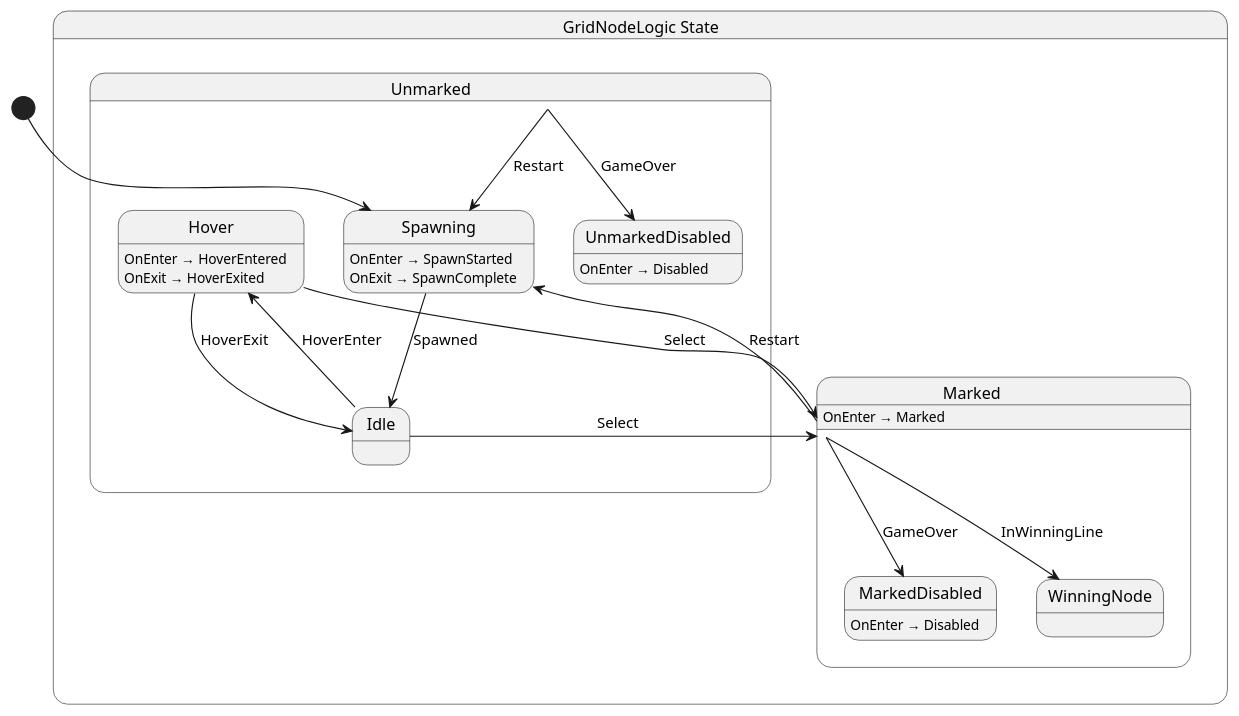
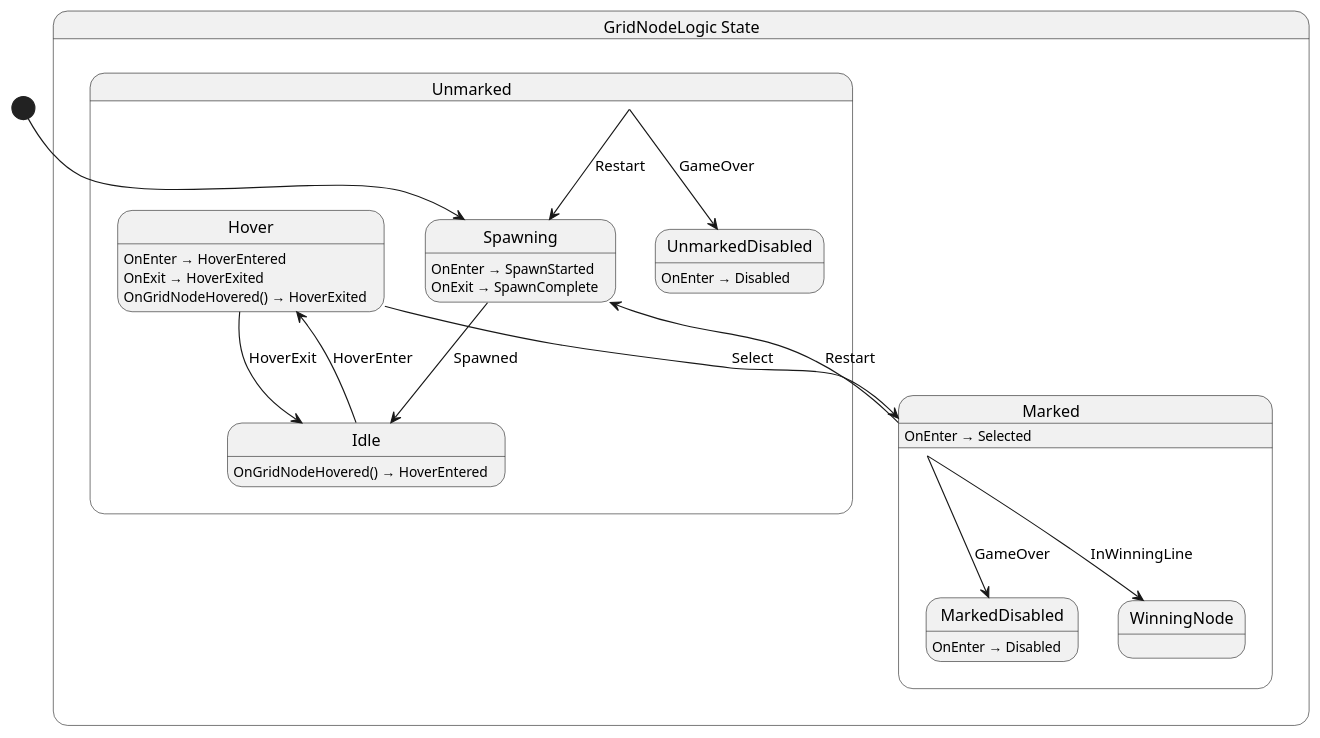
Before and after one commit to stranne/Vertex: the diagram in src/GridNode/State/GridNodeLogic.g.puml, drawn with PlantUML. The commit also changed 13 other files, not shown here.

```diff
--- a/src/GridNode/State/GridNodeLogic.g.puml
+++ b/src/GridNode/State/GridNodeLogic.g.puml
@@ -1,35 +1,36 @@
 @startuml GridNodeLogic
 state "GridNodeLogic State" as Vertex_GridNode_State_GridNodeLogic_State {
-  state "Unmarked" as Vertex_GridNode_State_GridNodeLogic_State_Unmarked {
-    state "Hover" as Vertex_GridNode_State_GridNodeLogic_State_Hover
-    state "UnmarkedDisabled" as Vertex_GridNode_State_GridNodeLogic_State_UnmarkedDisabled
-    state "Idle" as Vertex_GridNode_State_GridNodeLogic_State_Idle
-    state "Spawning" as Vertex_GridNode_State_GridNodeLogic_State_Spawning
-  }
   state "Marked" as Vertex_GridNode_State_GridNodeLogic_State_Marked {
     state "MarkedDisabled" as Vertex_GridNode_State_GridNodeLogic_State_MarkedDisabled
     state "WinningNode" as Vertex_GridNode_State_GridNodeLogic_State_WinningNode
+  }
+  state "Unmarked" as Vertex_GridNode_State_GridNodeLogic_State_Unmarked {
+    state "UnmarkedDisabled" as Vertex_GridNode_State_GridNodeLogic_State_UnmarkedDisabled
+    state "Hover" as Vertex_GridNode_State_GridNodeLogic_State_Hover
+    state "Idle" as Vertex_GridNode_State_GridNodeLogic_State_Idle
+    state "Spawning" as Vertex_GridNode_State_GridNodeLogic_State_Spawning
   }
 }
 
 Vertex_GridNode_State_GridNodeLogic_State_Hover --> Vertex_GridNode_State_GridNodeLogic_State_Idle : HoverExit
 Vertex_GridNode_State_GridNodeLogic_State_Hover --> Vertex_GridNode_State_GridNodeLogic_State_Marked : Select
 Vertex_GridNode_State_GridNodeLogic_State_Idle --> Vertex_GridNode_State_GridNodeLogic_State_Hover : HoverEnter
-Vertex_GridNode_State_GridNodeLogic_State_Idle --> Vertex_GridNode_State_GridNodeLogic_State_Marked : Select
 Vertex_GridNode_State_GridNodeLogic_State_Marked --> Vertex_GridNode_State_GridNodeLogic_State_MarkedDisabled : GameOver
 Vertex_GridNode_State_GridNodeLogic_State_Marked --> Vertex_GridNode_State_GridNodeLogic_State_Spawning : Restart
 Vertex_GridNode_State_GridNodeLogic_State_Marked --> Vertex_GridNode_State_GridNodeLogic_State_WinningNode : InWinningLine
 Vertex_GridNode_State_GridNodeLogic_State_Spawning --> Vertex_GridNode_State_GridNodeLogic_State_Idle : Spawned
 Vertex_GridNode_State_GridNodeLogic_State_Unmarked --> Vertex_GridNode_State_GridNodeLogic_State_Spawning : Restart
 Vertex_GridNode_State_GridNodeLogic_State_Unmarked --> Vertex_GridNode_State_GridNodeLogic_State_UnmarkedDisabled : GameOver
 
 Vertex_GridNode_State_GridNodeLogic_State_Hover : OnEnter → HoverEntered
 Vertex_GridNode_State_GridNodeLogic_State_Hover : OnExit → HoverExited
-Vertex_GridNode_State_GridNodeLogic_State_Marked : OnEnter → Marked
+Vertex_GridNode_State_GridNodeLogic_State_Hover : OnGridNodeHovered() → HoverExited
+Vertex_GridNode_State_GridNodeLogic_State_Idle : OnGridNodeHovered() → HoverEntered
+Vertex_GridNode_State_GridNodeLogic_State_Marked : OnEnter → Selected
 Vertex_GridNode_State_GridNodeLogic_State_MarkedDisabled : OnEnter → Disabled
 Vertex_GridNode_State_GridNodeLogic_State_Spawning : OnEnter → SpawnStarted
 Vertex_GridNode_State_GridNodeLogic_State_Spawning : OnExit → SpawnComplete
 Vertex_GridNode_State_GridNodeLogic_State_UnmarkedDisabled : OnEnter → Disabled
 
 [*] --> Vertex_GridNode_State_GridNodeLogic_State_Spawning
 @enduml
```
